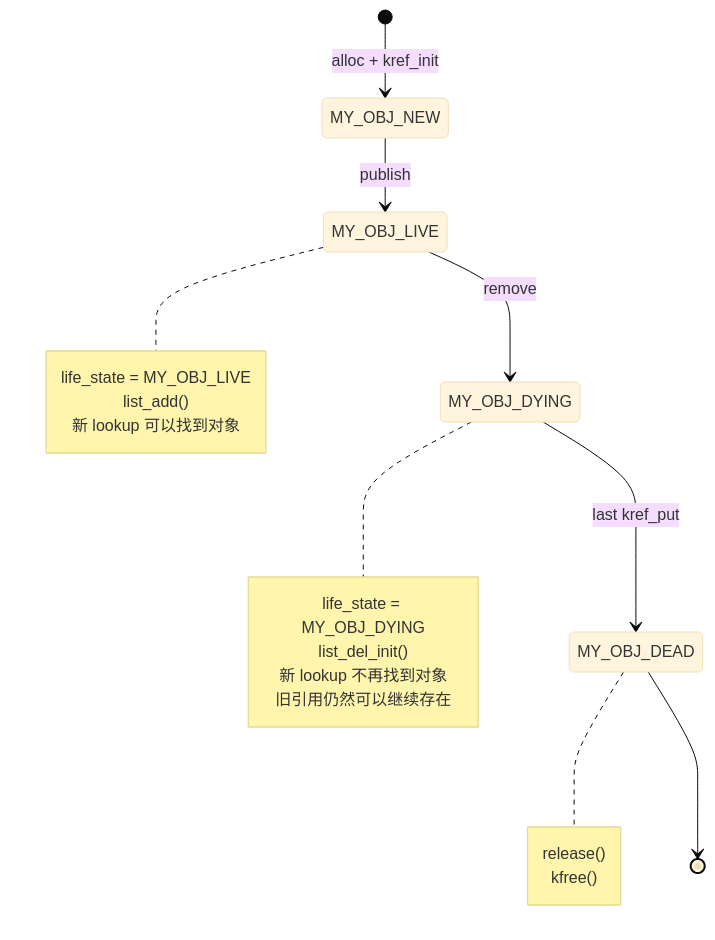
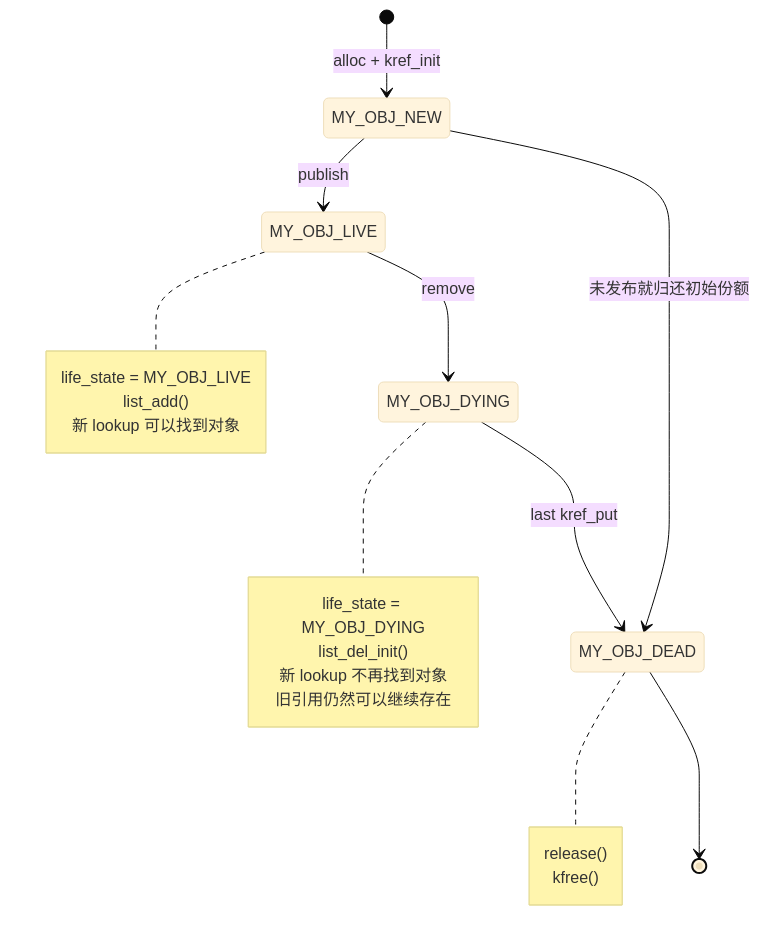
Before and after one commit to FormingSystem/linux_note: the fourth of 9 diagrams in knowledge/linux/object_lifetime/kref/P09_kref_与锁的组合.md, drawn with Mermaid (base theme). The commit also changed other lines of this file and 10 other files, not shown here.

````diff
--- a/knowledge/linux/object_lifetime/kref/P09_kref_与锁的组合.md
+++ b/knowledge/linux/object_lifetime/kref/P09_kref_与锁的组合.md
@@ -771,27 +786,28 @@
 ```mermaid
 stateDiagram-v2
     [*] --> MY_OBJ_NEW: alloc + kref_init
 
     MY_OBJ_NEW --> MY_OBJ_LIVE: publish
+    MY_OBJ_NEW --> MY_OBJ_DEAD: 未发布就归还初始份额
     note right of MY_OBJ_LIVE
         life_state = MY_OBJ_LIVE
         list_add()
         新 lookup 可以找到对象
     end note
 
     MY_OBJ_LIVE --> MY_OBJ_DYING: remove
     note right of MY_OBJ_DYING
         life_state = MY_OBJ_DYING
         list_del_init()
         新 lookup 不再找到对象
         旧引用仍然可以继续存在
     end note
 
     MY_OBJ_DYING --> MY_OBJ_DEAD: last kref_put
     note right of MY_OBJ_DEAD
         release()
         kfree()
     end note
 
     MY_OBJ_DEAD --> [*]
 ```
````
